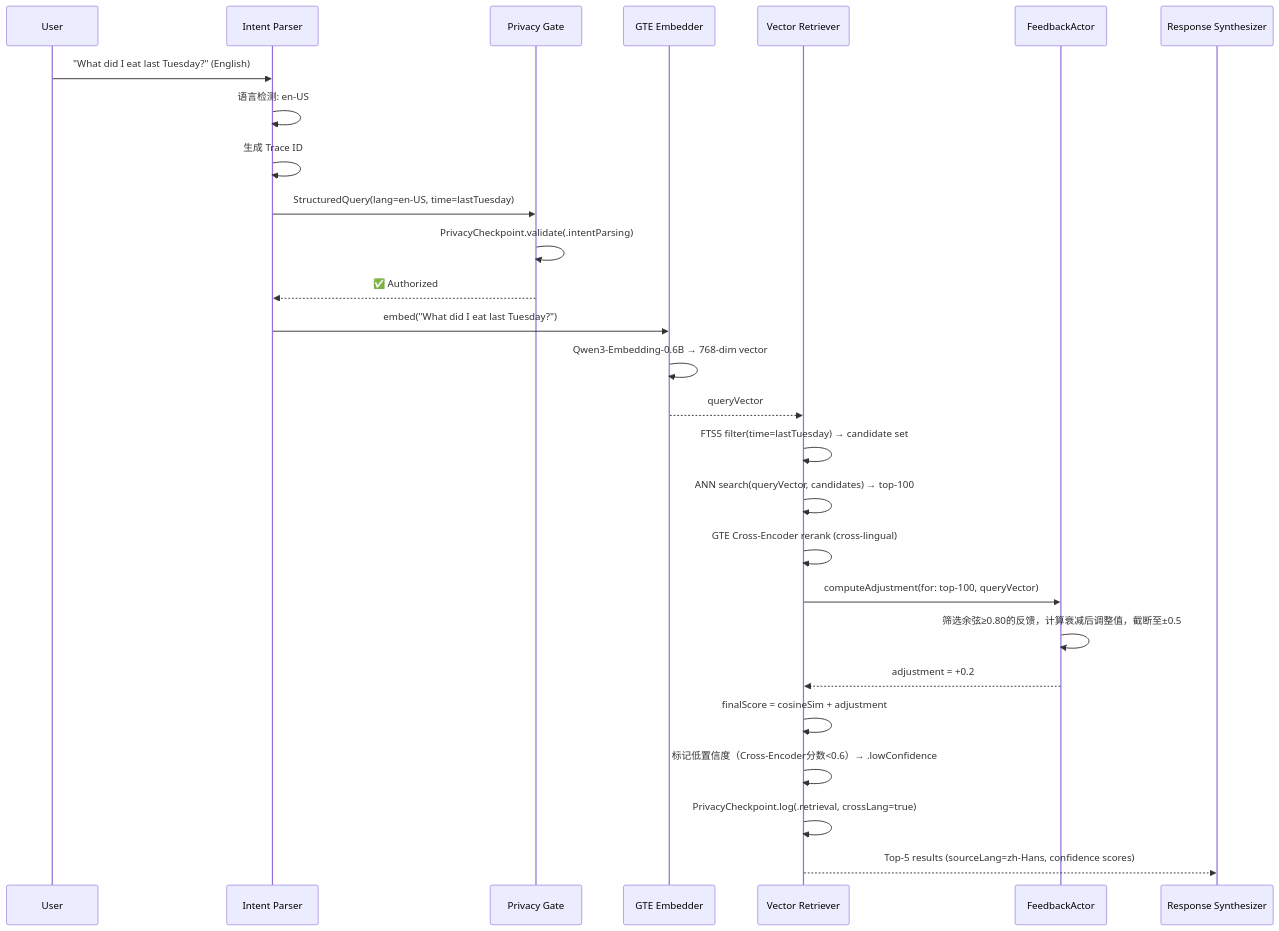
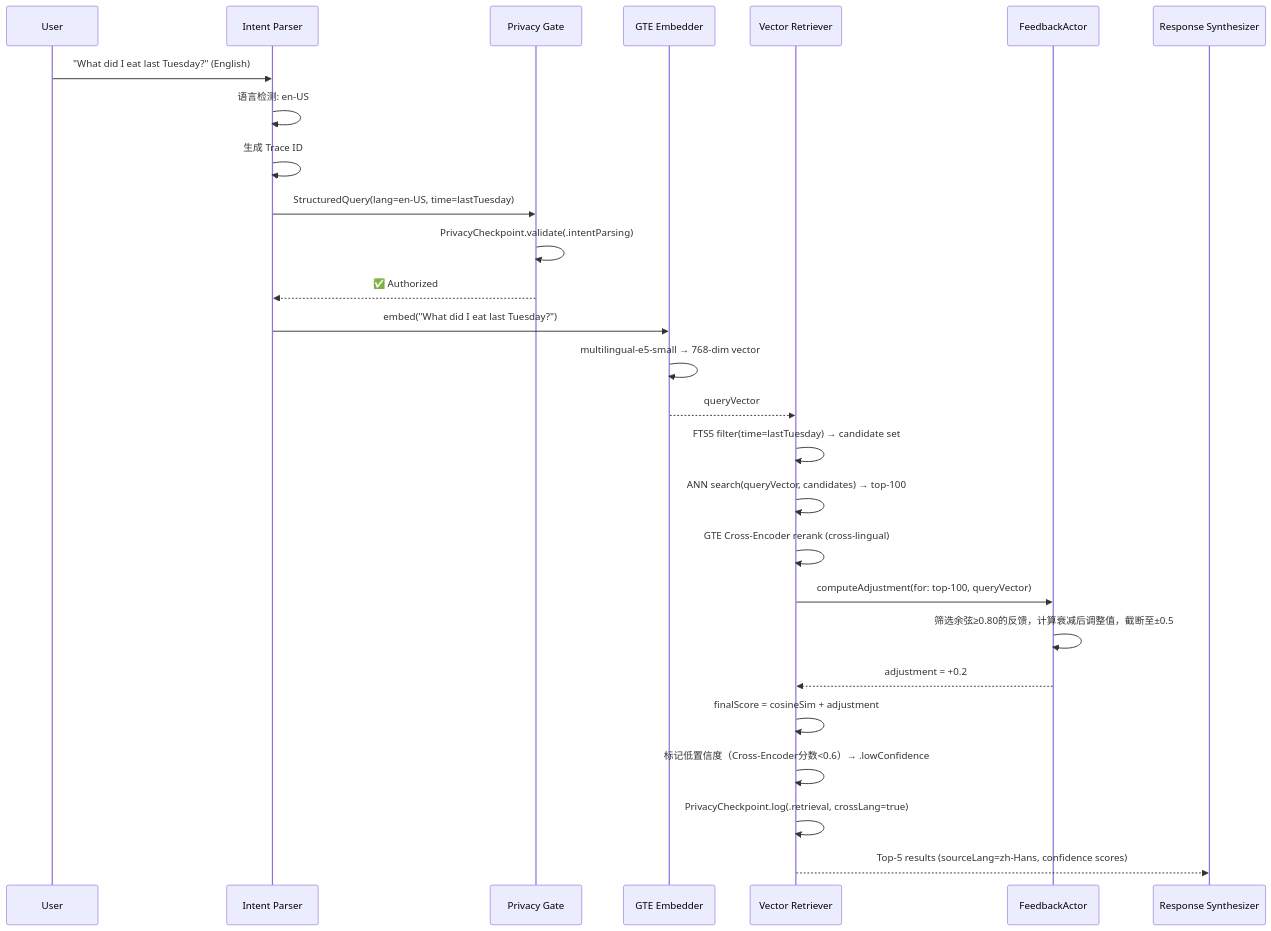
One commit to logan-suu/Echo changed the second of 3 diagrams in docs/03-implementation/双语言实现说明文档.md. Above: the diagram before and after it, drawn with Mermaid. The commit also changed other lines of this file and 4 other files, not shown here.

````diff
--- a/docs/03-implementation/双语言实现说明文档.md
+++ b/docs/03-implementation/双语言实现说明文档.md
@@ -187,30 +187,30 @@
 ```mermaid
 sequenceDiagram
     participant U as User
     participant Parser as Intent Parser
     participant Gate as Privacy Gate
     participant Embed as GTE Embedder
     participant Retriever as Vector Retriever
     participant FB as FeedbackActor
     participant Synth as Response Synthesizer
 
     U->>Parser: "What did I eat last Tuesday?" (English)
     Parser->>Parser: 语言检测: en-US
     Parser->>Parser: 生成 Trace ID
     Parser->>Gate: StructuredQuery(lang=en-US, time=lastTuesday)
     Gate->>Gate: PrivacyCheckpoint.validate(.intentParsing)
     Gate-->>Parser: ✅ Authorized
     Parser->>Embed: embed("What did I eat last Tuesday?")
-    Embed->>Embed: Qwen3-Embedding-0.6B → 768-dim vector
+    Embed->>Embed: multilingual-e5-small → 768-dim vector
     Embed-->>Retriever: queryVector
     Retriever->>Retriever: FTS5 filter(time=lastTuesday) → candidate set
     Retriever->>Retriever: ANN search(queryVector, candidates) → top-100
     Retriever->>Retriever: GTE Cross-Encoder rerank (cross-lingual)
     Retriever->>FB: computeAdjustment(for: top-100, queryVector)
     FB->>FB: 筛选余弦≥0.80的反馈，计算衰减后调整值，截断至±0.5
     FB-->>Retriever: adjustment = +0.2
     Retriever->>Retriever: finalScore = cosineSim + adjustment
     Retriever->>Retriever: 标记低置信度（Cross-Encoder分数<0.6）→ .lowConfidence
     Retriever->>Retriever: PrivacyCheckpoint.log(.retrieval, crossLang=true)
     Retriever-->>Synth: Top-5 results (sourceLang=zh-Hans, confidence scores)
 ```
````
